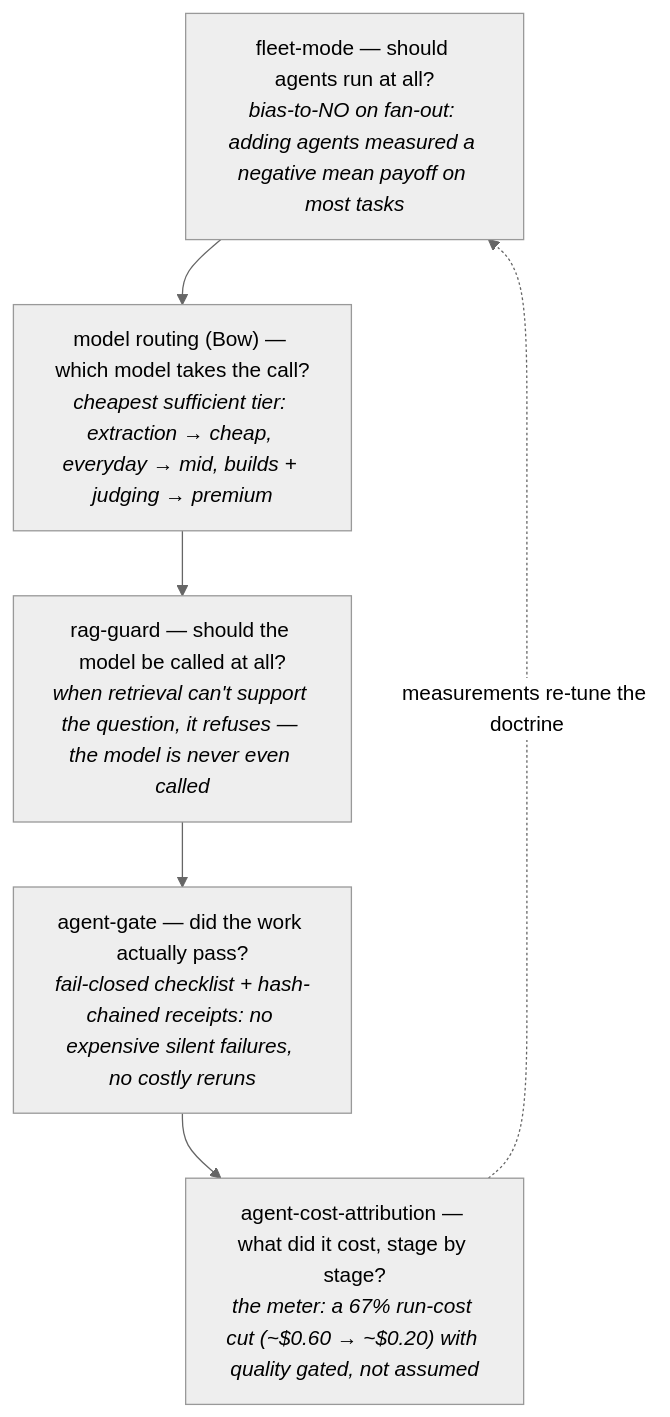
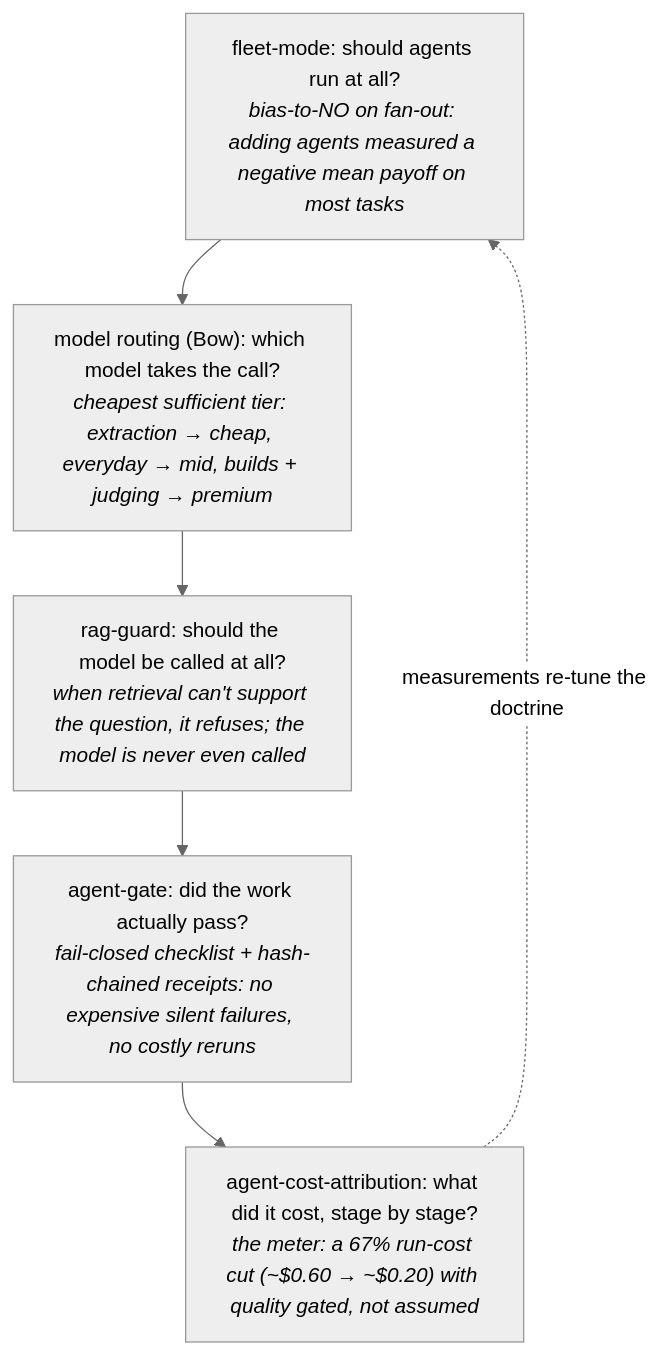
Before and after one commit to Jott2121/bow: the second of 2 diagrams in README.md, drawn with Mermaid (neutral theme). The commit also changed other lines of this file, not shown here.

Commit message:
style: remove em-dashes from stack section (house style gate)

````diff
--- a/README.md
+++ b/README.md
@@ -201,10 +201,10 @@
 ```mermaid
 flowchart TD
-    FM["fleet-mode — should agents run at all?<br/><i>bias-to-NO on fan-out: adding agents measured a negative mean payoff on most tasks</i>"]
-    RT["model routing (Bow) — which model takes the call?<br/><i>cheapest sufficient tier: extraction → cheap, everyday → mid, builds + judging → premium</i>"]
-    RG["rag-guard — should the model be called at all?<br/><i>when retrieval can't support the question, it refuses — the model is never even called</i>"]
-    AG["agent-gate — did the work actually pass?<br/><i>fail-closed checklist + hash-chained receipts: no expensive silent failures, no costly reruns</i>"]
-    CA["agent-cost-attribution — what did it cost, stage by stage?<br/><i>the meter: a 67% run-cost cut (~$0.60 → ~$0.20) with quality gated, not assumed</i>"]
+    FM["fleet-mode: should agents run at all?<br/><i>bias-to-NO on fan-out: adding agents measured a negative mean payoff on most tasks</i>"]
+    RT["model routing (Bow): which model takes the call?<br/><i>cheapest sufficient tier: extraction → cheap, everyday → mid, builds + judging → premium</i>"]
+    RG["rag-guard: should the model be called at all?<br/><i>when retrieval can't support the question, it refuses; the model is never even called</i>"]
+    AG["agent-gate: did the work actually pass?<br/><i>fail-closed checklist + hash-chained receipts: no expensive silent failures, no costly reruns</i>"]
+    CA["agent-cost-attribution: what did it cost, stage by stage?<br/><i>the meter: a 67% run-cost cut (~$0.60 → ~$0.20) with quality gated, not assumed</i>"]
     FM --> RT --> RG --> AG --> CA
     CA -. "measurements re-tune the doctrine" .-> FM
 ```
````
